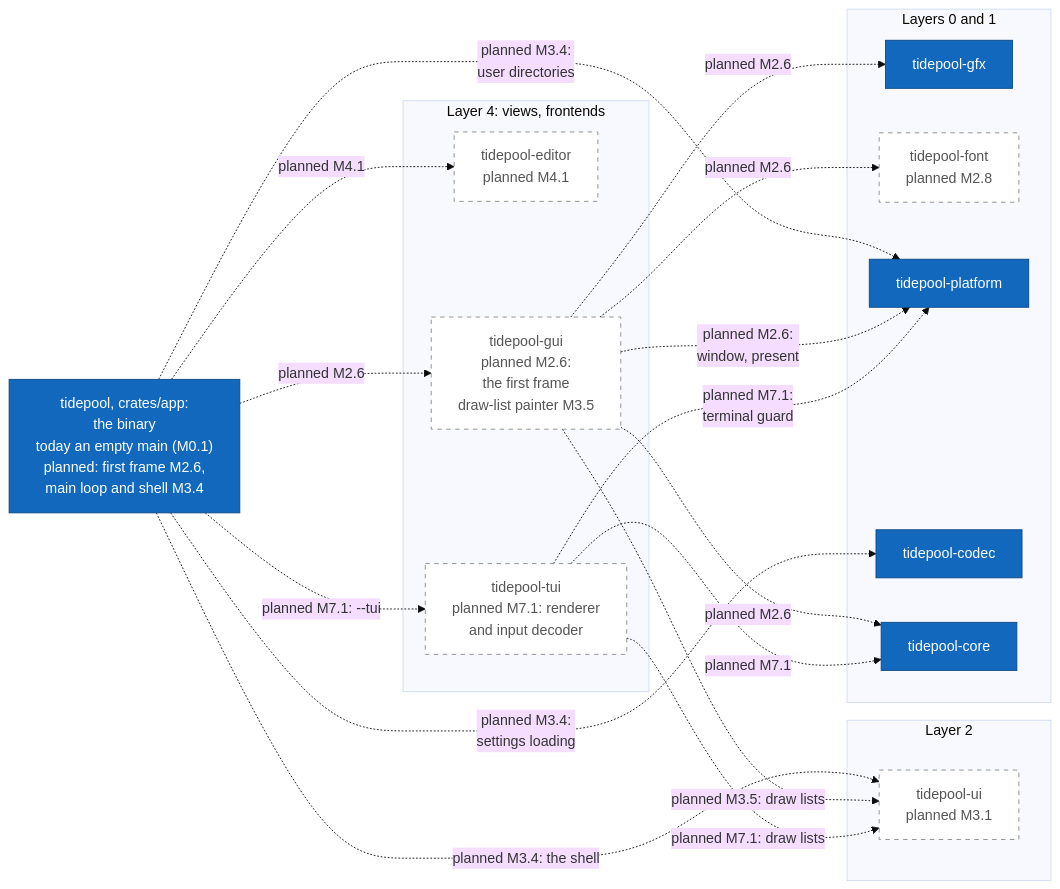
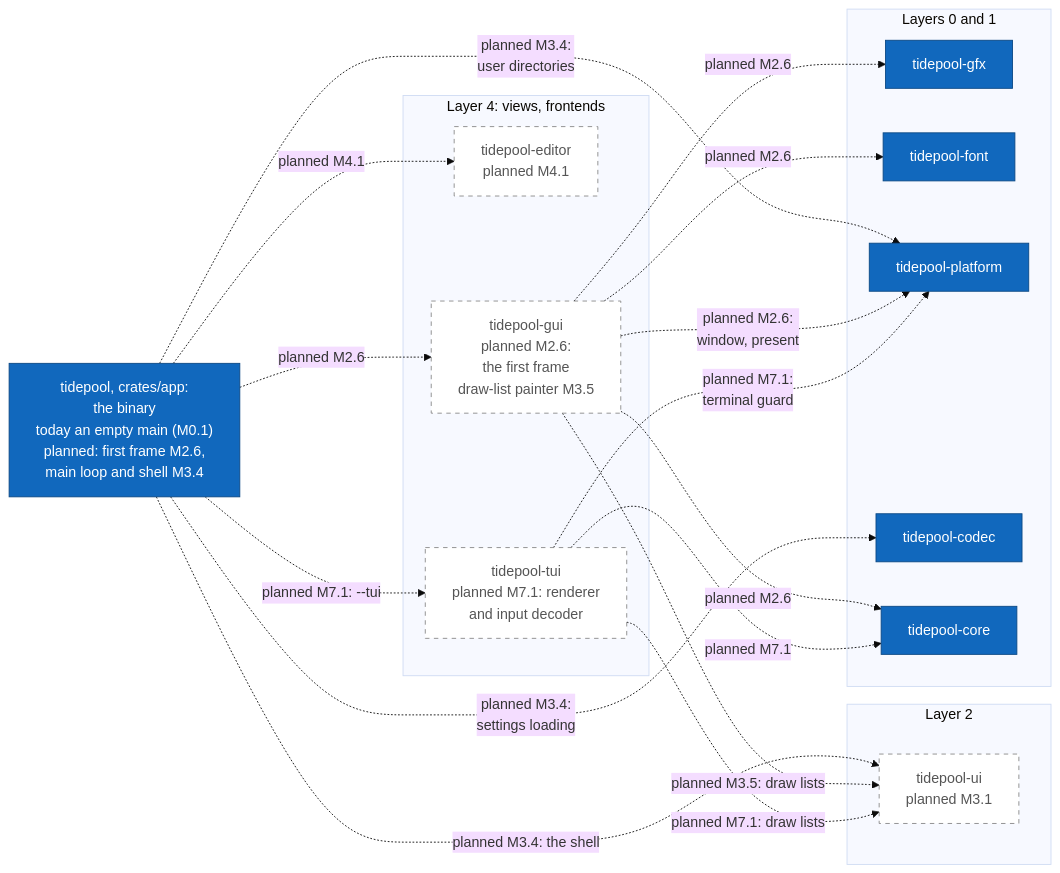
The tenth of 17 diagrams in diagrams/c4-architecture.md (jabbott-iii/Tidepool), drawn with Mermaid (base theme) before and after one commit. The commit also changed other lines of this file and 66 other files, not shown here.

````diff
--- a/diagrams/c4-architecture.md
+++ b/diagrams/c4-architecture.md
@@ -506,39 +510,39 @@
 ```mermaid
 flowchart LR
     k_app["tidepool, crates/app:<br/>the binary<br/>today an empty main (M0.1)<br/>planned: first frame M2.6,<br/>main loop and shell M3.4"]
     subgraph L4["Layer 4: views, frontends"]
         k_editor["tidepool-editor<br/>planned M4.1"]
         k_gui["tidepool-gui<br/>planned M2.6:<br/>the first frame<br/>draw-list painter M3.5"]
         k_tui["tidepool-tui<br/>planned M7.1: renderer<br/>and input decoder"]
     end
     subgraph L2["Layer 2"]
         k_ui["tidepool-ui<br/>planned M3.1"]
     end
     subgraph L01["Layers 0 and 1"]
         k_gfx["tidepool-gfx"]
-        k_font["tidepool-font<br/>planned M2.8"]
+        k_font["tidepool-font"]
         k_platform["tidepool-platform"]
         k_codec["tidepool-codec"]
         k_core["tidepool-core"]
     end
 
     k_app -.->|"planned M2.6"| k_gui
     k_app -.->|"planned M7.1: --tui"| k_tui
     k_app -.->|"planned M4.1"| k_editor
     k_app -.->|"planned M3.4: the shell"| k_ui
     k_app -.->|"planned M3.4:<br/>settings loading"| k_codec
     k_app -.->|"planned M3.4:<br/>user directories"| k_platform
     k_gui -.->|"planned M2.6"| k_core
     k_gui -.->|"planned M2.6:<br/>window, present"| k_platform
     k_gui -.->|"planned M2.6"| k_gfx
     k_gui -.->|"planned M2.6"| k_font
     k_gui -.->|"planned M3.5: draw lists"| k_ui
     k_tui -.->|"planned M7.1"| k_core
     k_tui -.->|"planned M7.1:<br/>terminal guard"| k_platform
     k_tui -.->|"planned M7.1: draw lists"| k_ui
 
     classDef built fill:#1168bd,stroke:#0b4884,color:#ffffff
     classDef planned fill:#ffffff,stroke:#888888,stroke-dasharray: 5 5,color:#555555
-    class k_app,k_platform,k_codec,k_gfx,k_core built
-    class k_editor,k_gui,k_tui,k_ui,k_font planned
+    class k_app,k_platform,k_codec,k_gfx,k_font,k_core built
+    class k_editor,k_gui,k_tui,k_ui planned
 ```
````
